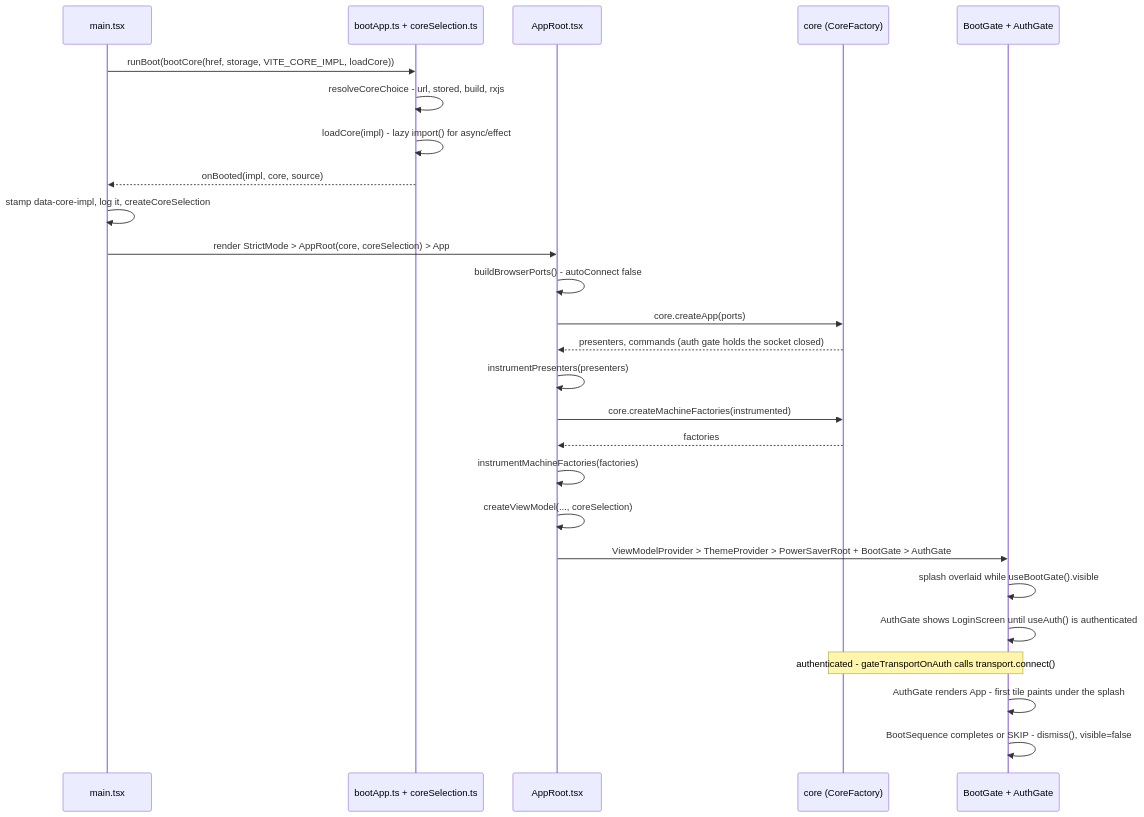
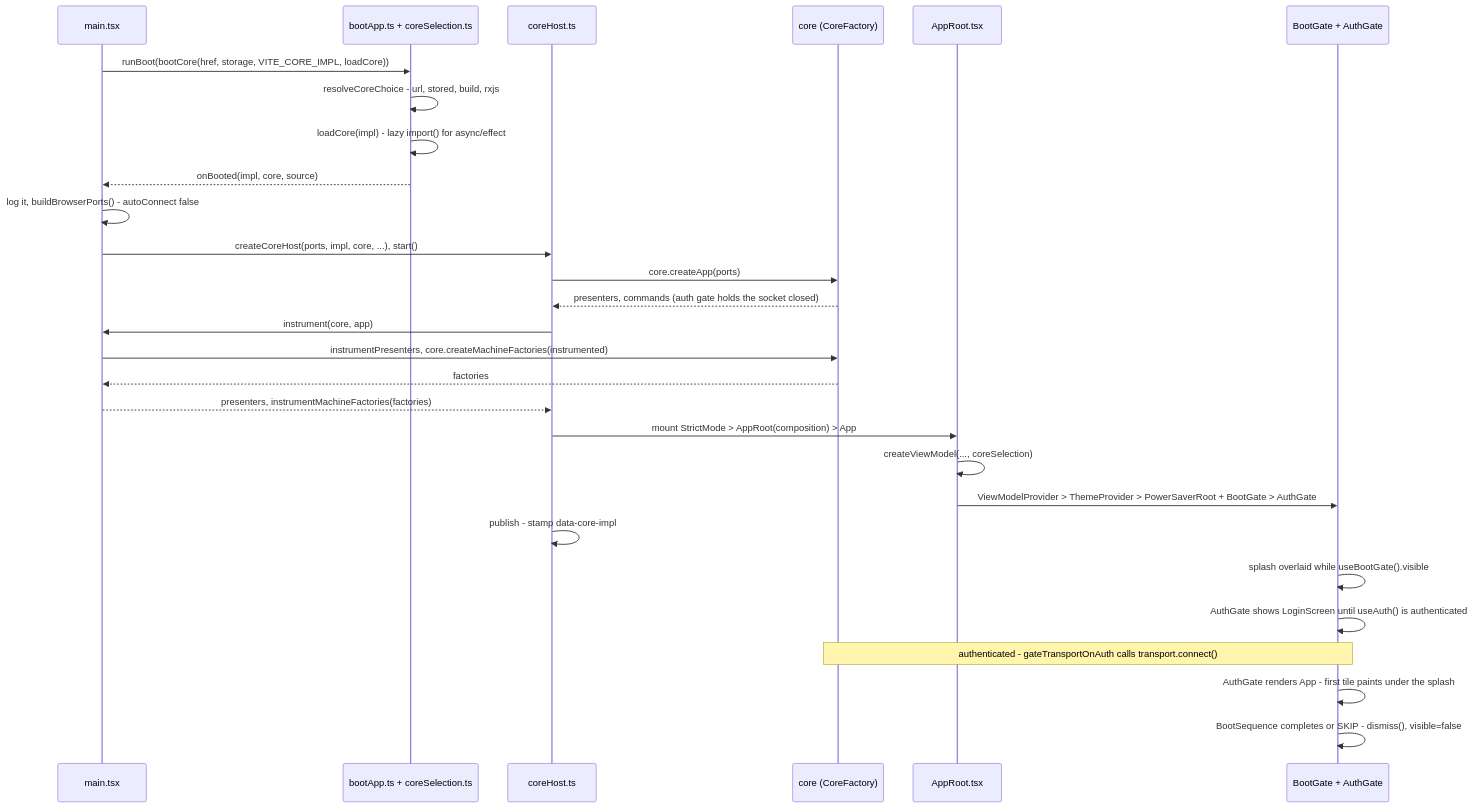
The second of 4 diagrams in docs/architecture/14-composition-and-wiring.md (bettersoftware-io/ReactiveTraderCloudClone), drawn with Mermaid before and after one commit. The commit also changed other lines of this file and 14 other files, not shown here.

First line of the commit message:
docs: hot swap — renumber to guarantee 8 / promise 11, the web composition root is main.tsx + the core host

````diff
--- a/docs/architecture/14-composition-and-wiring.md
+++ b/docs/architecture/14-composition-and-wiring.md
@@ -130,29 +130,31 @@
 ```mermaid
 sequenceDiagram
     participant M as main.tsx
     participant BC as bootApp.ts + coreSelection.ts
+    participant H as coreHost.ts
+    participant C as core (CoreFactory)
     participant AR as AppRoot.tsx
-    participant C as core (CoreFactory)
     participant G as BootGate + AuthGate
 
     M->>BC: runBoot(bootCore(href, storage, VITE_CORE_IMPL, loadCore))
     BC->>BC: resolveCoreChoice - url, stored, build, rxjs
     BC->>BC: loadCore(impl) - lazy import() for async/effect
     BC-->>M: onBooted(impl, core, source)
-    M->>M: stamp data-core-impl, log it, createCoreSelection
-    M->>AR: render StrictMode > AppRoot(core, coreSelection) > App
-    AR->>AR: buildBrowserPorts() - autoConnect false
-    AR->>C: core.createApp(ports)
-    C-->>AR: presenters, commands (auth gate holds the socket closed)
-    AR->>AR: instrumentPresenters(presenters)
-    AR->>C: core.createMachineFactories(instrumented)
-    C-->>AR: factories
-    AR->>AR: instrumentMachineFactories(factories)
+    M->>M: log it, buildBrowserPorts() - autoConnect false
+    M->>H: createCoreHost(ports, impl, core, ...), start()
+    H->>C: core.createApp(ports)
+    C-->>H: presenters, commands (auth gate holds the socket closed)
+    H->>M: instrument(core, app)
+    M->>C: instrumentPresenters, core.createMachineFactories(instrumented)
+    C-->>M: factories
+    M-->>H: presenters, instrumentMachineFactories(factories)
+    H->>AR: mount StrictMode > AppRoot(composition) > App
     AR->>AR: createViewModel(..., coreSelection)
     AR->>G: ViewModelProvider > ThemeProvider > PowerSaverRoot + BootGate > AuthGate
+    H->>H: publish - stamp data-core-impl
     G->>G: splash overlaid while useBootGate().visible
     G->>G: AuthGate shows LoginScreen until useAuth() is authenticated
     Note over C,G: authenticated - gateTransportOnAuth calls transport.connect()
     G->>G: AuthGate renders App - first tile paints under the splash
     G->>G: BootSequence completes or SKIP - dismiss(), visible=false
 ```
````
